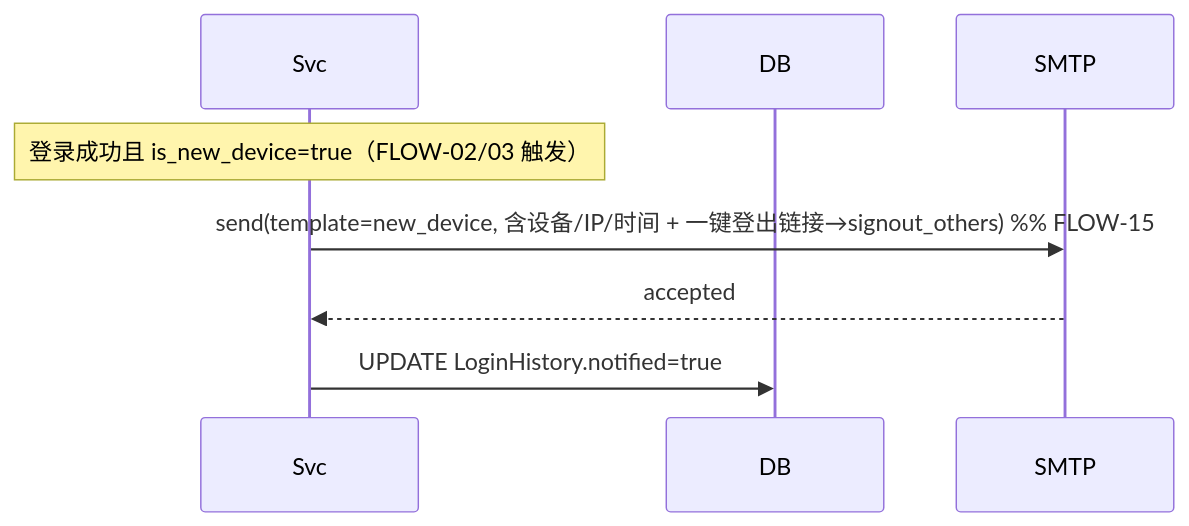
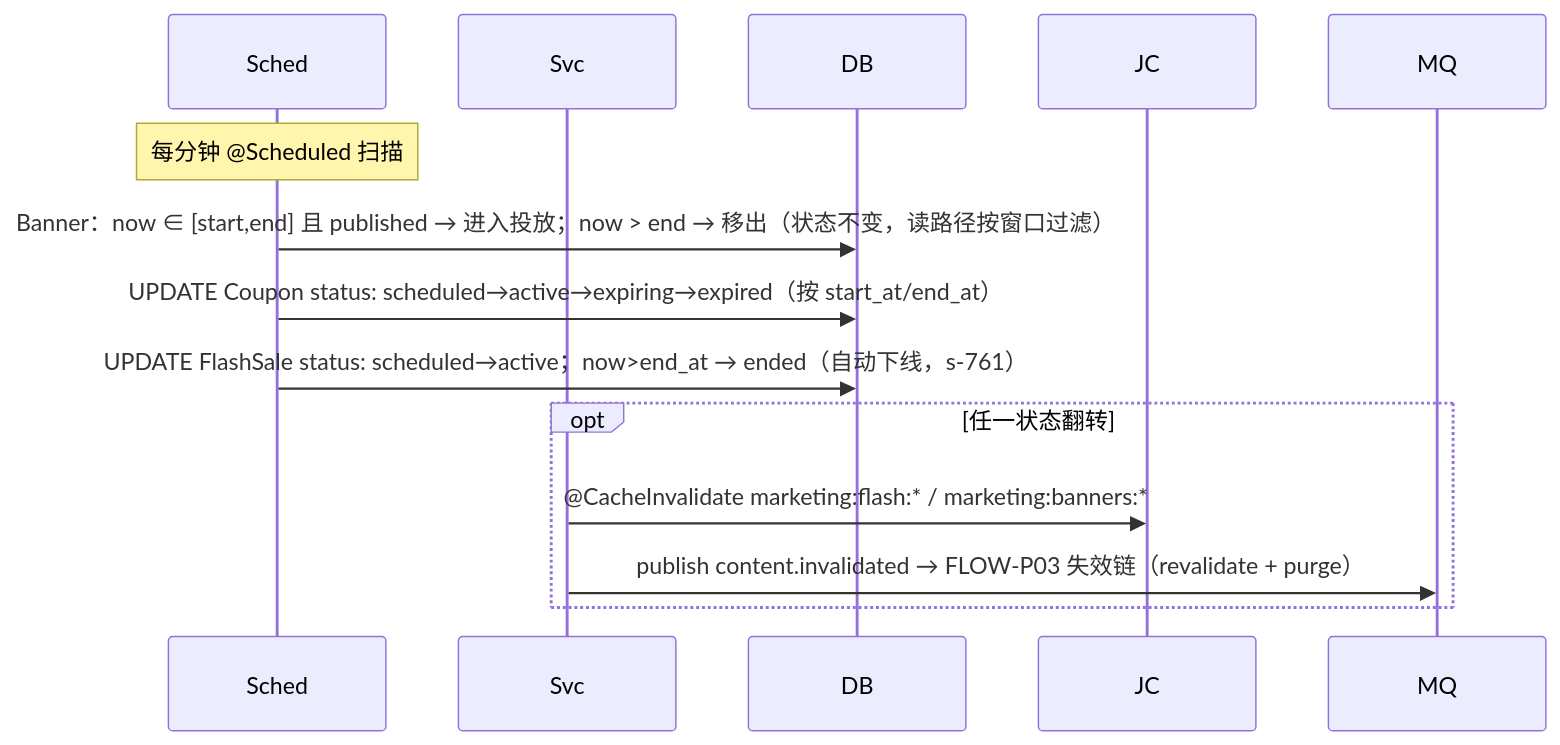
Before and after one commit to hptec/dreamy: diagram 15 of 20 in hhspec/specs/architecture/data-flow.md, drawn with Mermaid. The commit also changed other lines of this file and 180 other files, not shown here.

````diff
--- a/hhspec/specs/architecture/data-flow.md
+++ b/hhspec/specs/architecture/data-flow.md
@@ -487,11 +550,17 @@
 ```mermaid
 sequenceDiagram
+    participant Sched
     participant Svc
     participant DB
-    participant SMTP
+    participant JC
+    participant MQ
 
-    Note over Svc: 登录成功且 is_new_device=true（FLOW-02/03 触发）
-    Svc->>SMTP: send(template=new_device, 含设备/IP/时间 + 一键登出链接→signout_others) %% FLOW-15
-    SMTP-->>Svc: accepted
-    Svc->>DB: UPDATE LoginHistory.notified=true
+    Note over Sched: 每分钟 @Scheduled 扫描
+    Sched->>DB: Banner：now ∈ [start,end] 且 published → 进入投放；now > end → 移出（状态不变，读路径按窗口过滤）
+    Sched->>DB: UPDATE Coupon status: scheduled→active→expiring→expired（按 start_at/end_at）
+    Sched->>DB: UPDATE FlashSale status: scheduled→active；now>end_at → ended（自动下线，s-761）
+    opt 任一状态翻转
+        Svc->>JC: @CacheInvalidate marketing:flash:* / marketing:banners:*
+        Svc->>MQ: publish content.invalidated → FLOW-P03 失效链（revalidate + purge）
+    end
 ```
````
